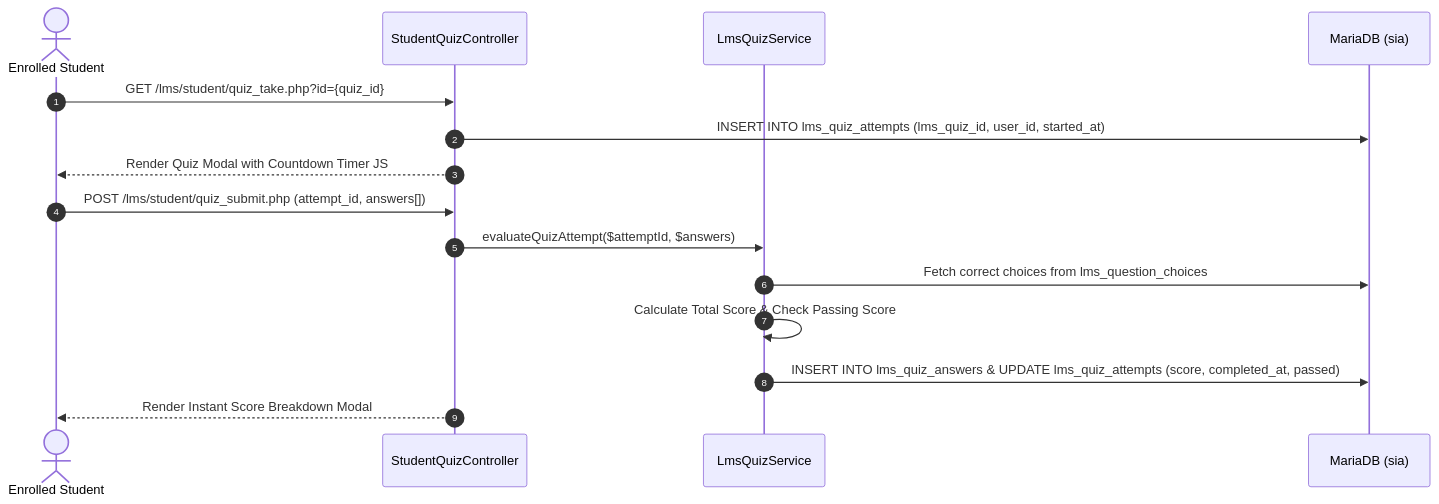
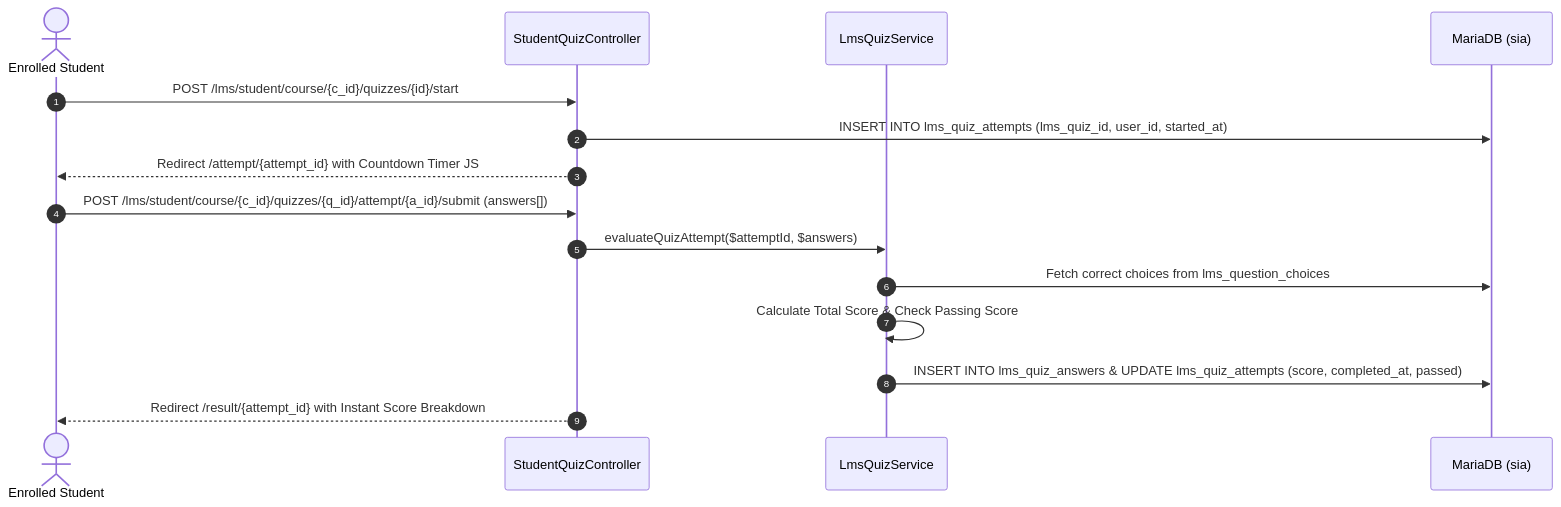
Before and after one commit to enujdanielle6-web/TTU_enrollment_system: the second of 2 diagrams in docs/obsidian/16 - Page Relationships/12 - LMS Student Portal Relationship Map.md, drawn with Mermaid. The commit also changed other lines of this file and 93 other files, not shown here.

````diff
--- a/docs/obsidian/16 - Page Relationships/12 - LMS Student Portal Relationship Map.md
+++ b/docs/obsidian/16 - Page Relationships/12 - LMS Student Portal Relationship Map.md
@@ -96,19 +112,19 @@
 ```mermaid
 sequenceDiagram
     autonumber
     actor Student as Enrolled Student
     participant Controller as StudentQuizController
     participant Service as LmsQuizService
     participant DB as MariaDB (sia)
 
-    Student->>Controller: GET /lms/student/quiz_take.php?id={quiz_id}
+    Student->>Controller: POST /lms/student/course/{c_id}/quizzes/{id}/start
     Controller->>DB: INSERT INTO lms_quiz_attempts (lms_quiz_id, user_id, started_at)
-    Controller-->>Student: Render Quiz Modal with Countdown Timer JS
+    Controller-->>Student: Redirect /attempt/{attempt_id} with Countdown Timer JS
 
-    Student->>Controller: POST /lms/student/quiz_submit.php (attempt_id, answers[])
+    Student->>Controller: POST /lms/student/course/{c_id}/quizzes/{q_id}/attempt/{a_id}/submit (answers[])
     Controller->>Service: evaluateQuizAttempt($attemptId, $answers)
     Service->>DB: Fetch correct choices from lms_question_choices
     Service->>Service: Calculate Total Score & Check Passing Score
     Service->>DB: INSERT INTO lms_quiz_answers & UPDATE lms_quiz_attempts (score, completed_at, passed)
-    Controller-->>Student: Render Instant Score Breakdown Modal
+    Controller-->>Student: Redirect /result/{attempt_id} with Instant Score Breakdown
 ```
````
